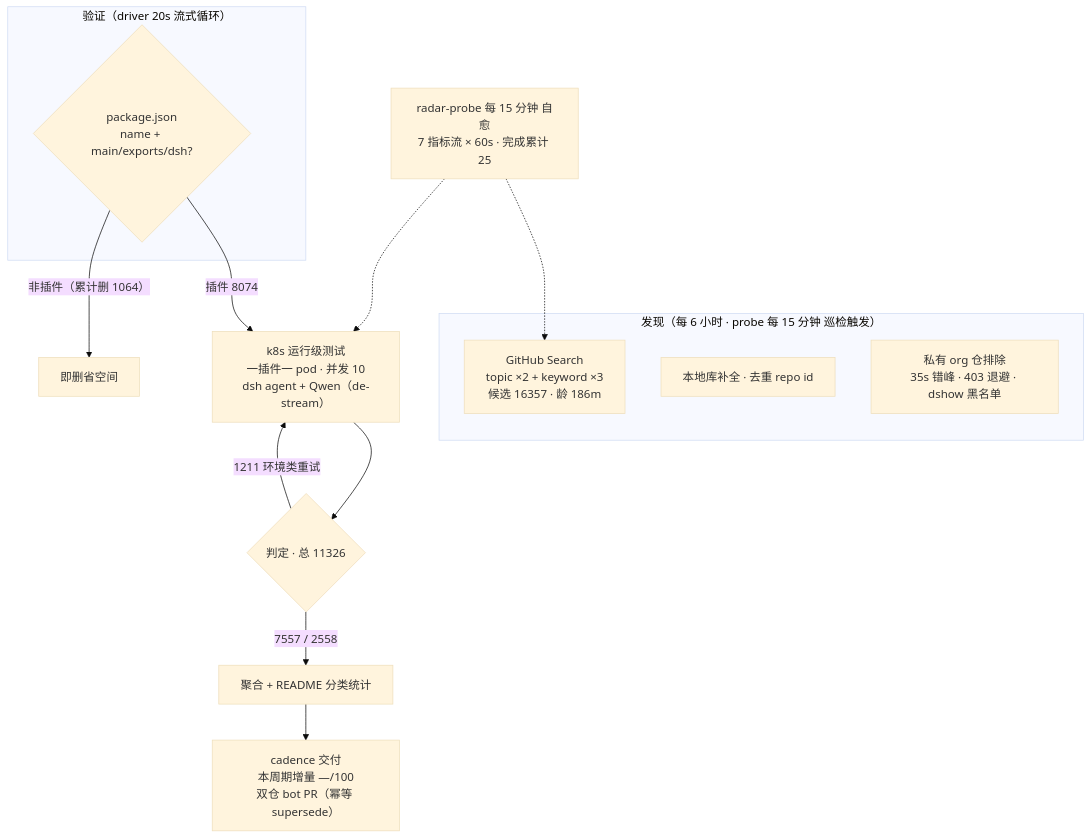
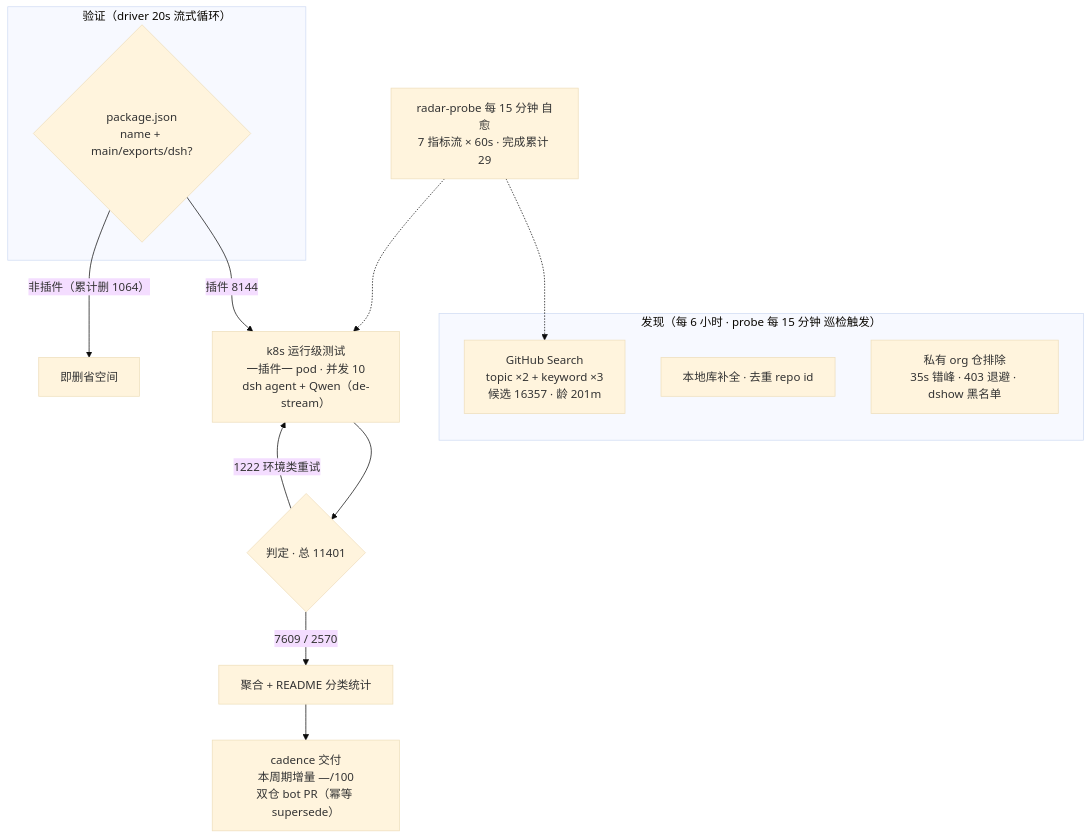
One commit to Zhidao-Lab-OSS/awesome-dsh-plugins changed the diagram in README.md. Above: the diagram before and after it, drawn with Mermaid (base theme). The commit also changed other lines of this file and 1 other file, not shown here.

````diff
--- a/README.md
+++ b/README.md
@@ -52,20 +52,20 @@
 ```mermaid
 flowchart TB
     subgraph Discovery["发现（每 6 小时 · probe 每 15 分钟 巡检触发）"]
-        A1["GitHub Search<br/>topic ×2 + keyword ×3<br/>候选 16357 · 龄 186m"]
+        A1["GitHub Search<br/>topic ×2 + keyword ×3<br/>候选 16357 · 龄 201m"]
         A2["本地库补全 · 去重 repo id"]
         A3["私有 org 仓排除<br/>35s 错峰 · 403 退避 · dshow 黑名单"]
     end
     subgraph Validation["验证（driver 20s 流式循环）"]
         B1{"package.json<br/>name + main/exports/dsh?"}
     end
-    B1 -->|"插件 8074"| C1["k8s 运行级测试<br/>一插件一 pod · 并发 10<br/>dsh agent + Qwen（de-stream）"]
+    B1 -->|"插件 8144"| C1["k8s 运行级测试<br/>一插件一 pod · 并发 10<br/>dsh agent + Qwen（de-stream）"]
     B1 -->|"非插件（累计删 1064）"| B3["即删省空间"]
-    C1 --> D1{"判定 · 总 11326"}
-    D1 -->|"7557 / 2558"| E1["聚合 + README 分类统计"]
-    D1 -->|"1211 环境类重试"| C1
+    C1 --> D1{"判定 · 总 11401"}
+    D1 -->|"7609 / 2570"| E1["聚合 + README 分类统计"]
+    D1 -->|"1222 环境类重试"| C1
     E1 --> E2["cadence 交付<br/>本周期增量 —/100<br/>双仓 bot PR（幂等 supersede）"]
-    M["radar-probe 每 15 分钟 自愈<br/>7 指标流 × 60s · 完成累计 25"]
+    M["radar-probe 每 15 分钟 自愈<br/>7 指标流 × 60s · 完成累计 29"]
     M -.-> A1
     M -.-> C1
 ```
````
